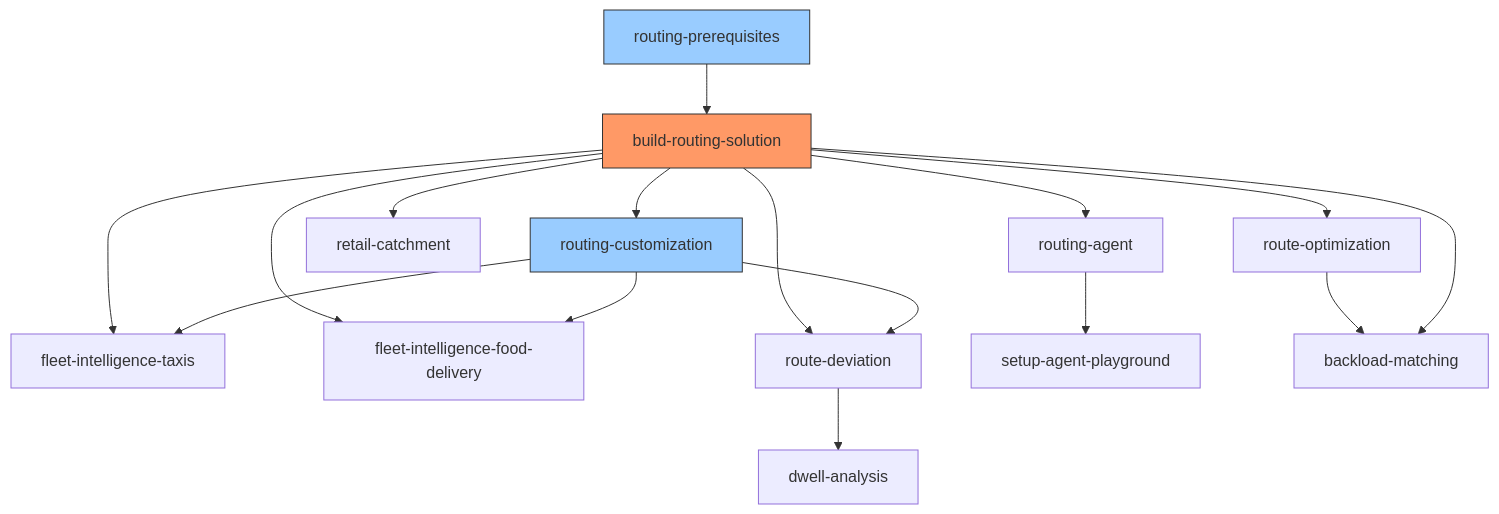
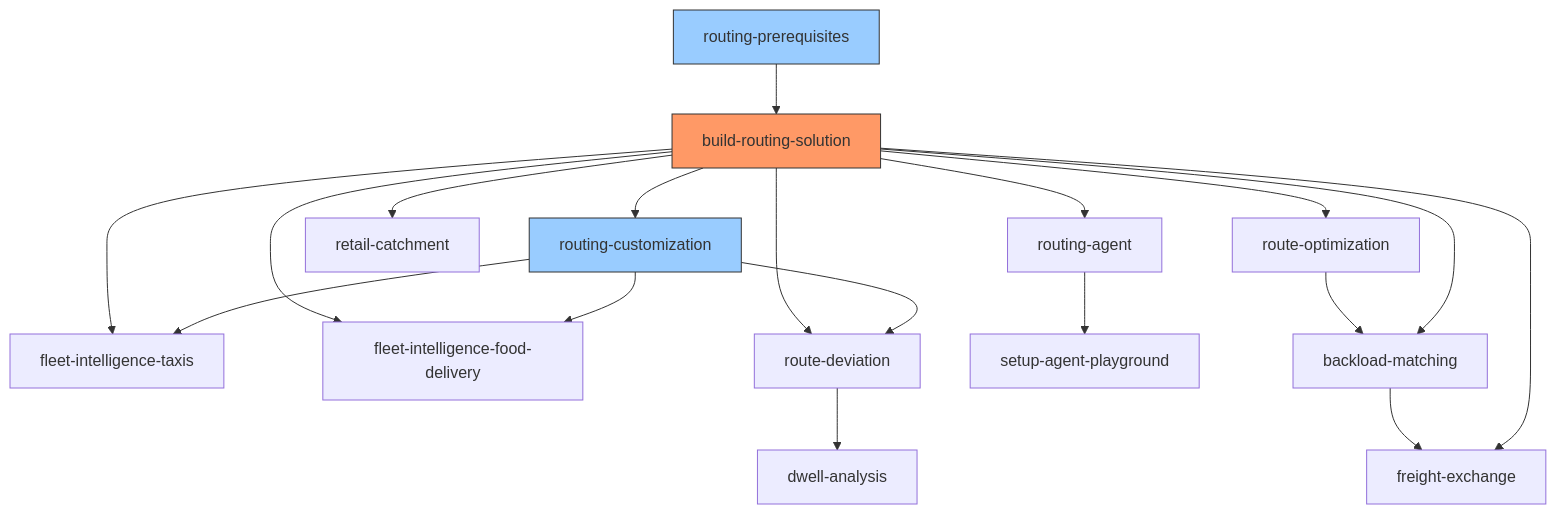
Before and after one commit to Snowflake-Labs/sfguide-create-a-route-optimisation-and-vehicle-route-plan-simulator: the diagram in AGENTS.md, drawn with Mermaid. The commit also changed other lines of this file, not shown here.

Commit message:
docs(AGENTS.md): register freight-exchange in inventory + dependency graph
Adds the freight-exchange skill to the Skills Inventory table and the
mermaid dependency graph (depends on backload-matching + build-routing-solution).

.... Generated with [Cortex Code](https://docs.snowflake.com/en/user-guide/cortex-code/cortex-code)

````diff
--- a/AGENTS.md
+++ b/AGENTS.md
@@ -270,22 +271,24 @@
 ```mermaid
 graph TD
     RP[routing-prerequisites] --> BRS[build-routing-solution]
     BRS --> RC[routing-customization]
     BRS --> RO[route-optimization]
     BRS --> FIT[fleet-intelligence-taxis]
     BRS --> FIFD[fleet-intelligence-food-delivery]
     BRS --> RET[retail-catchment]
     BRS --> RD[route-deviation]
     BRS --> RA[routing-agent]
     RA --> SAP[setup-agent-playground]
     RO --> BM[backload-matching]
     BRS --> BM
+    BM --> FX[freight-exchange]
+    BRS --> FX
     RC --> FIT
     RC --> FIFD
     RC --> RD
     RD --> DA[dwell-analysis]
 
     style BRS fill:#f96,stroke:#333
     style RP fill:#9cf,stroke:#333
     style RC fill:#9cf,stroke:#333
 ```
````
